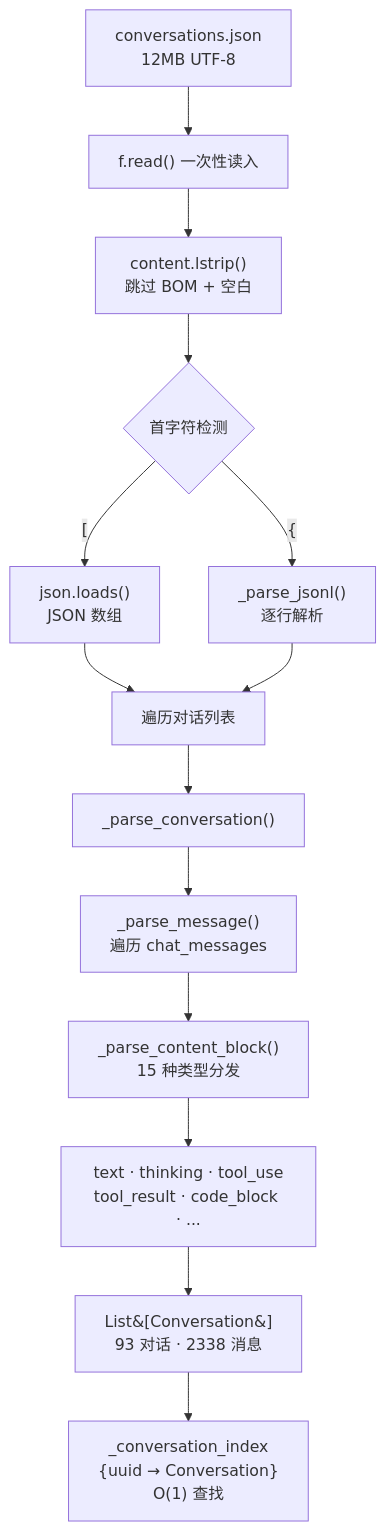
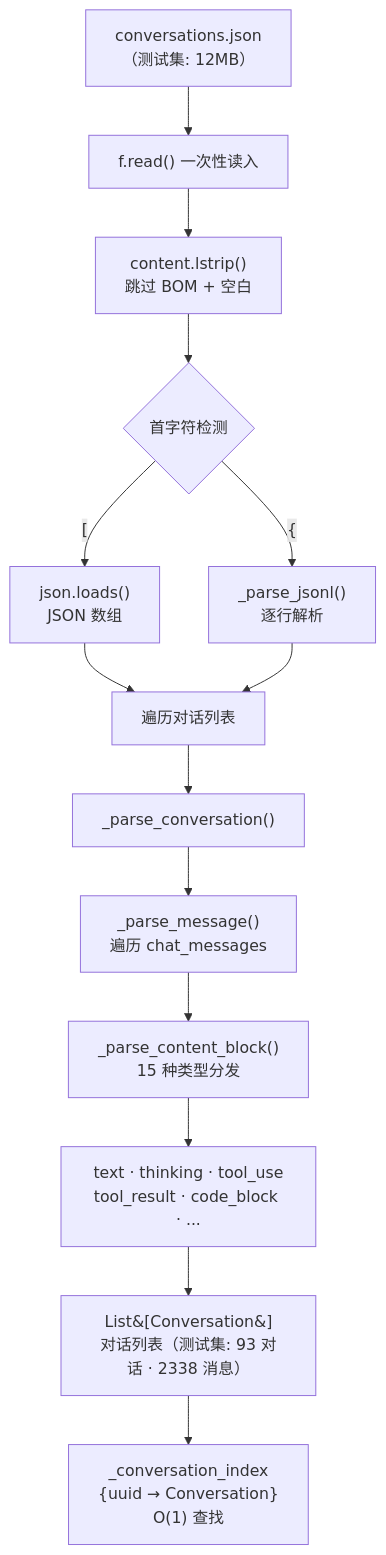
Before and after one commit to Silva6c/claude-viewer: the second of 12 diagrams in docs/技术文档.md, drawn with Mermaid. The commit also changed other lines of this file and 1 other file, not shown here.

````diff
--- a/docs/技术文档.md
+++ b/docs/技术文档.md
@@ -83,20 +85,20 @@
 ```mermaid
 flowchart TD
-    FILE["conversations.json<br/>12MB UTF-8"] --> READ["f.read() 一次性读入"]
+    FILE["conversations.json<br/>（测试集: 12MB）"] --> READ["f.read() 一次性读入"]
     READ --> STRIP["content.lstrip()<br/>跳过 BOM + 空白"]
     STRIP --> DETECT{"首字符检测"}
     DETECT -->|"["| JSON["json.loads()<br/>JSON 数组"]
     DETECT -->|"{"| JSONL["_parse_jsonl()<br/>逐行解析"]
 
     JSON --> ITER["遍历对话列表"]
     JSONL --> ITER
 
     ITER --> PARSE_CONV["_parse_conversation()"]
     PARSE_CONV --> PARSE_MSG["_parse_message()<br/>遍历 chat_messages"]
     PARSE_MSG --> PARSE_BLOCK["_parse_content_block()<br/>15 种类型分发"]
 
     PARSE_BLOCK --> BLOCK_TYPES["text · thinking · tool_use<br/>tool_result · code_block · ..."]
 
-    BLOCK_TYPES --> RESULT["List&#91;Conversation&#93;<br/>93 对话 · 2338 消息"]
+    BLOCK_TYPES --> RESULT["List&#91;Conversation&#93;<br/>对话列表（测试集: 93 对话 · 2338 消息）"]
     RESULT --> INDEX["_conversation_index<br/>{uuid → Conversation}<br/>O(1) 查找"]
 ```
````
